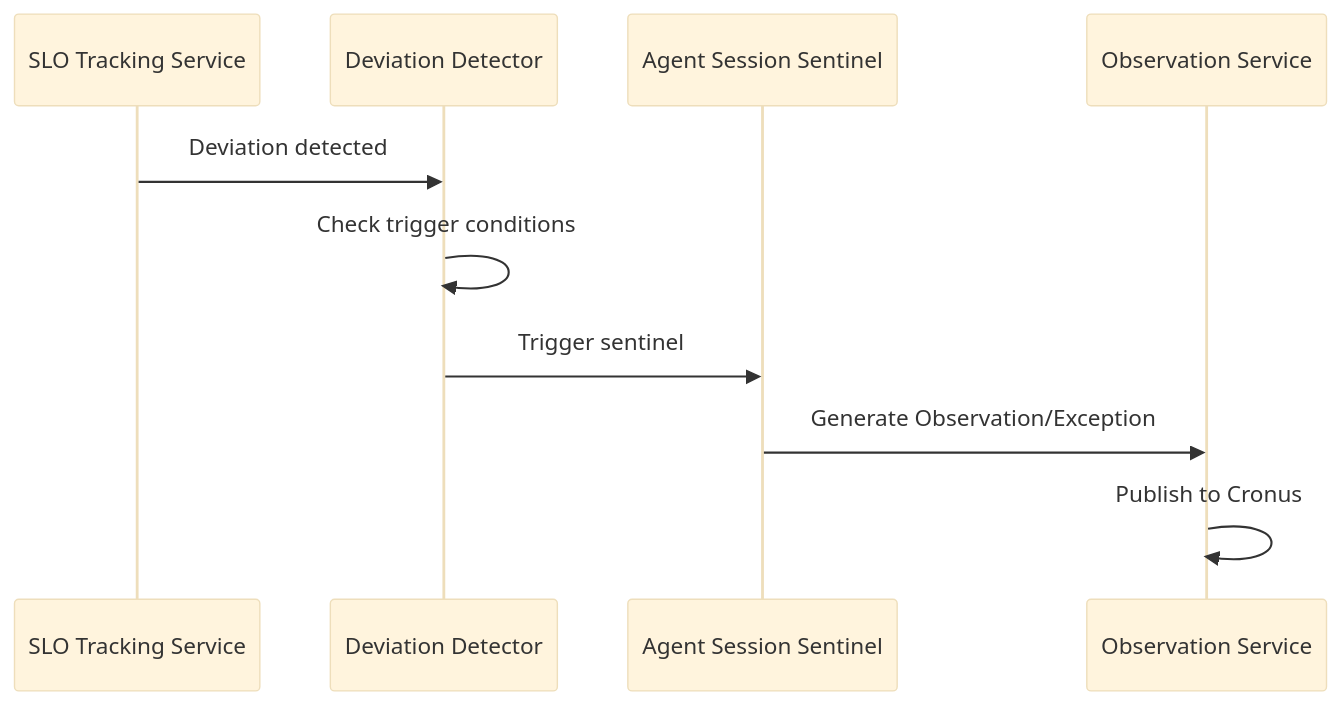
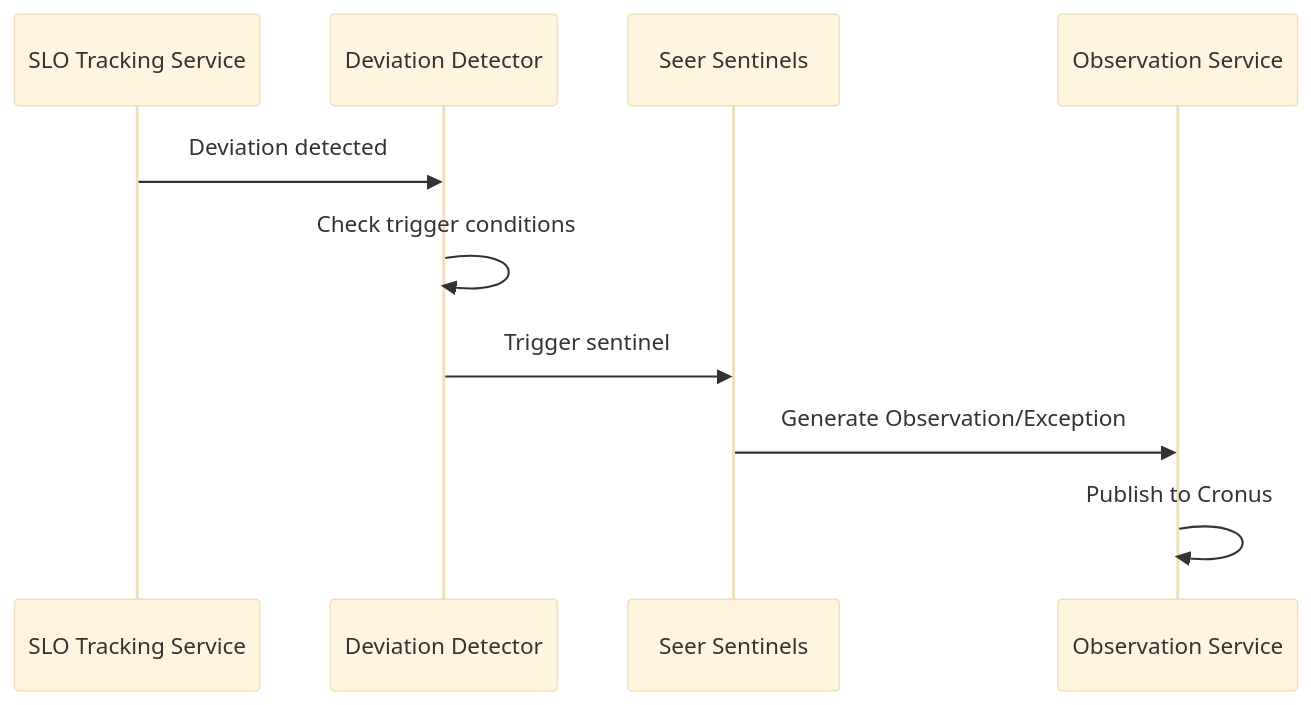
Before and after one commit to gramki/temp-website: the fifth of 5 diagrams in olympus-seer-docs/seer-design/subsystems/agent-health-monitor/slo-tracking-service.md, drawn with Mermaid (base theme). The commit also changed other lines of this file and 5 other files, not shown here.

````diff
--- a/olympus-seer-docs/seer-design/subsystems/agent-health-monitor/slo-tracking-service.md
+++ b/olympus-seer-docs/seer-design/subsystems/agent-health-monitor/slo-tracking-service.md
@@ -162,13 +162,13 @@
 ```mermaid
 sequenceDiagram
     participant SLOT as SLO Tracking Service
     participant Detector as Deviation Detector
-    participant Sentinel as Agent Session Sentinel
+    participant Sentinel as Seer Sentinels
     participant OS as Observation Service
     
     SLOT->>Detector: Deviation detected
     Detector->>Detector: Check trigger conditions
     Detector->>Sentinel: Trigger sentinel
     Sentinel->>OS: Generate Observation/Exception
     OS->>OS: Publish to Cronus
 ```
````
